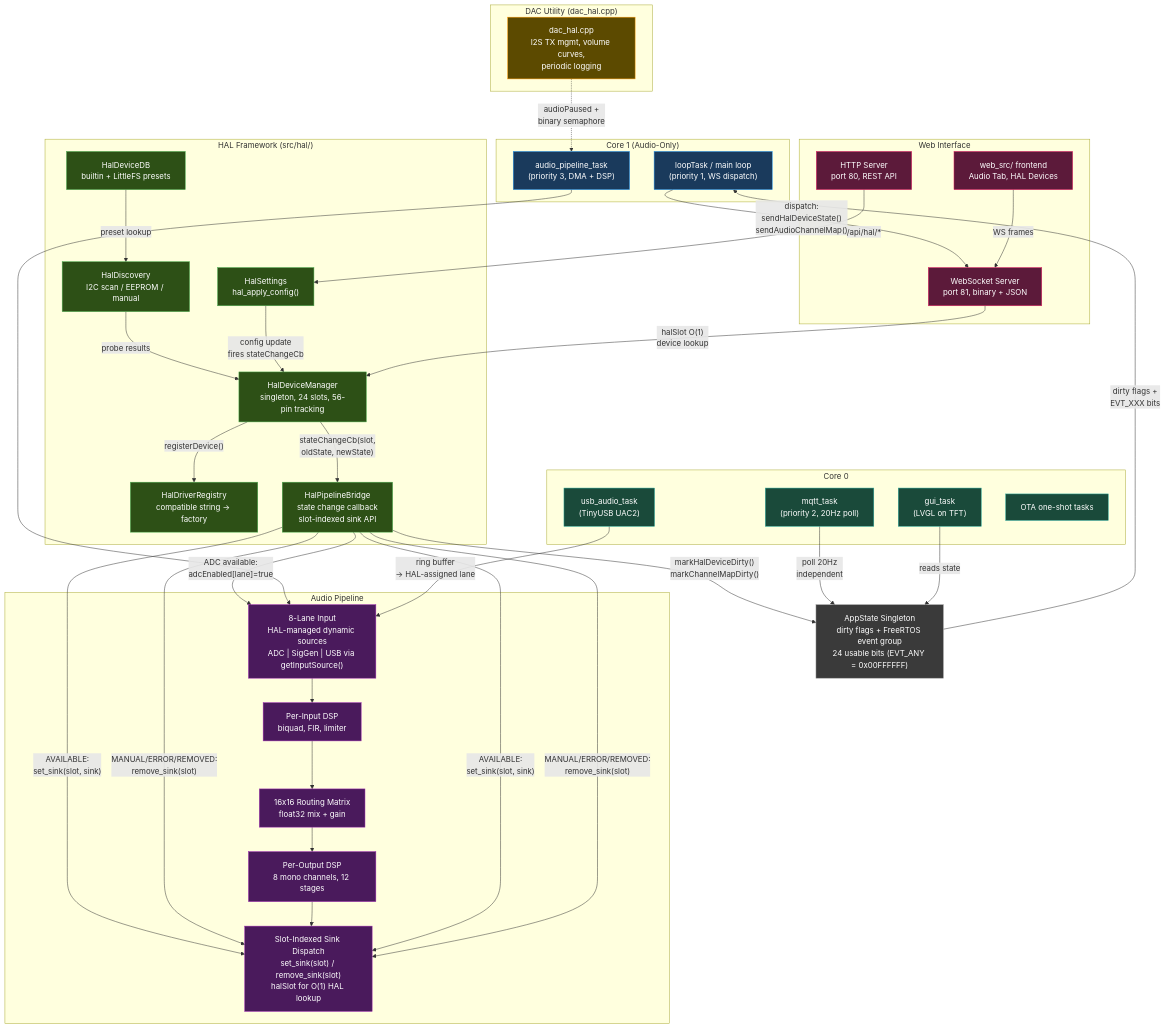
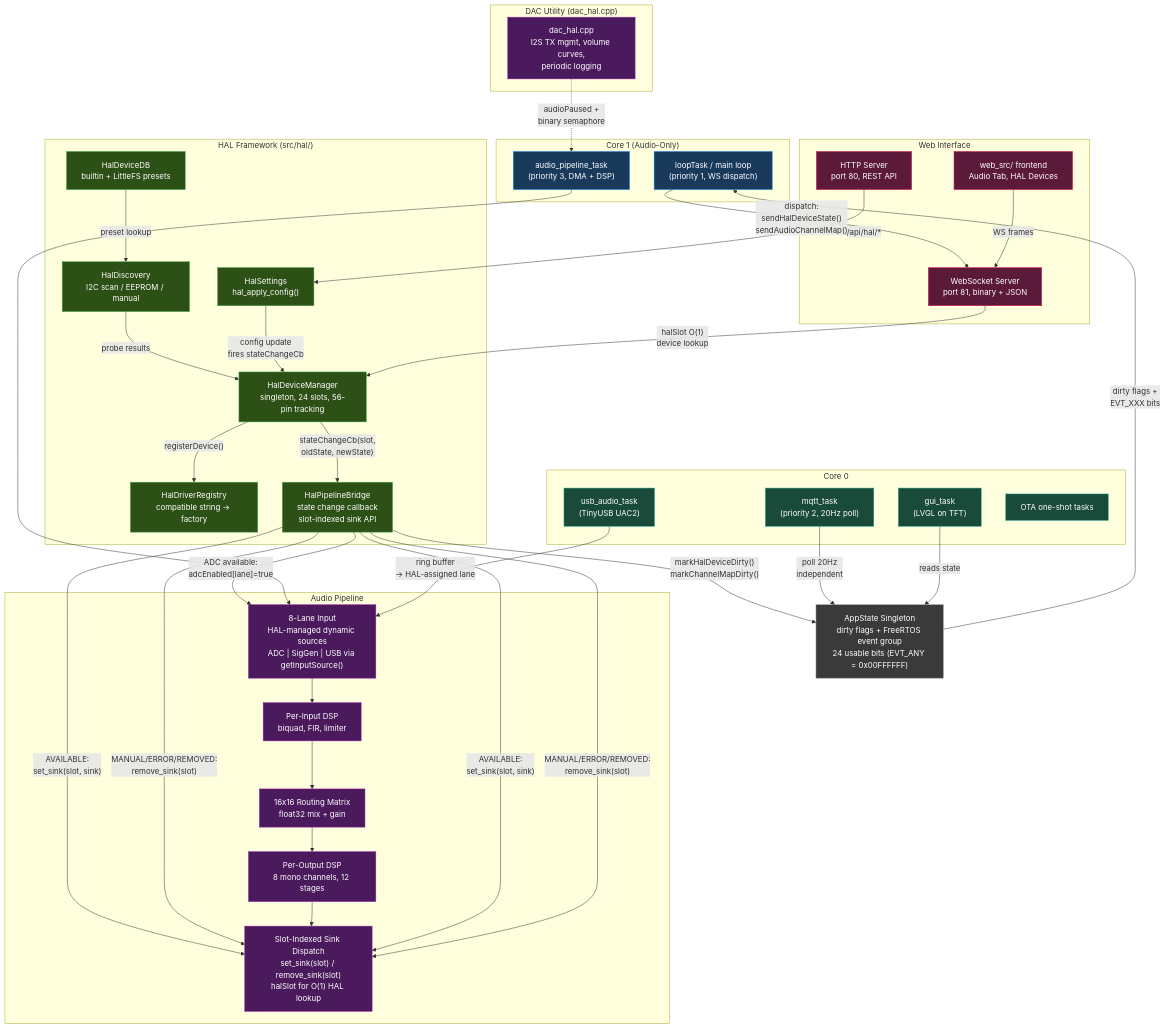
Before and after one commit to Schmackos/ALX_Nova_Controller_2: the first of 10 diagrams in docs-internal/architecture/diagrams.md, drawn with Mermaid. The commit also changed other lines of this file, not shown here.

Commit message:
docs: fix event/test counts, mark DEBT-6 complete in legacy docs, sync diagrams.md

````diff
--- a/docs-internal/architecture/diagrams.md
+++ b/docs-internal/architecture/diagrams.md
@@ -90,7 +90,7 @@
     class MQTT,GUI,USB,OTA core0
     class HM,HD,HDB,HR,HPB,HS hal
     class INP,DSP,MTX,ODSP,SINKS pipeline
-    class DH,DR legacy
+    class DH pipeline
     class WS,HTTP,WEB web
     class AS state
 ```
````
